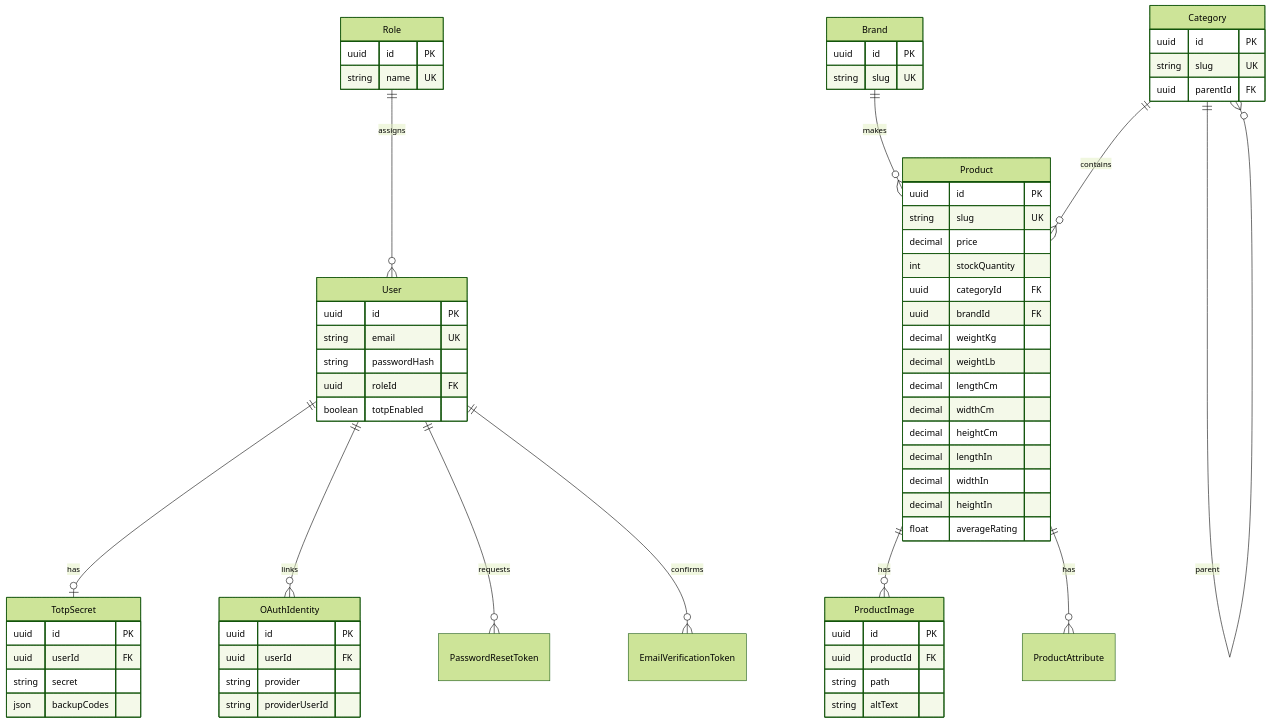
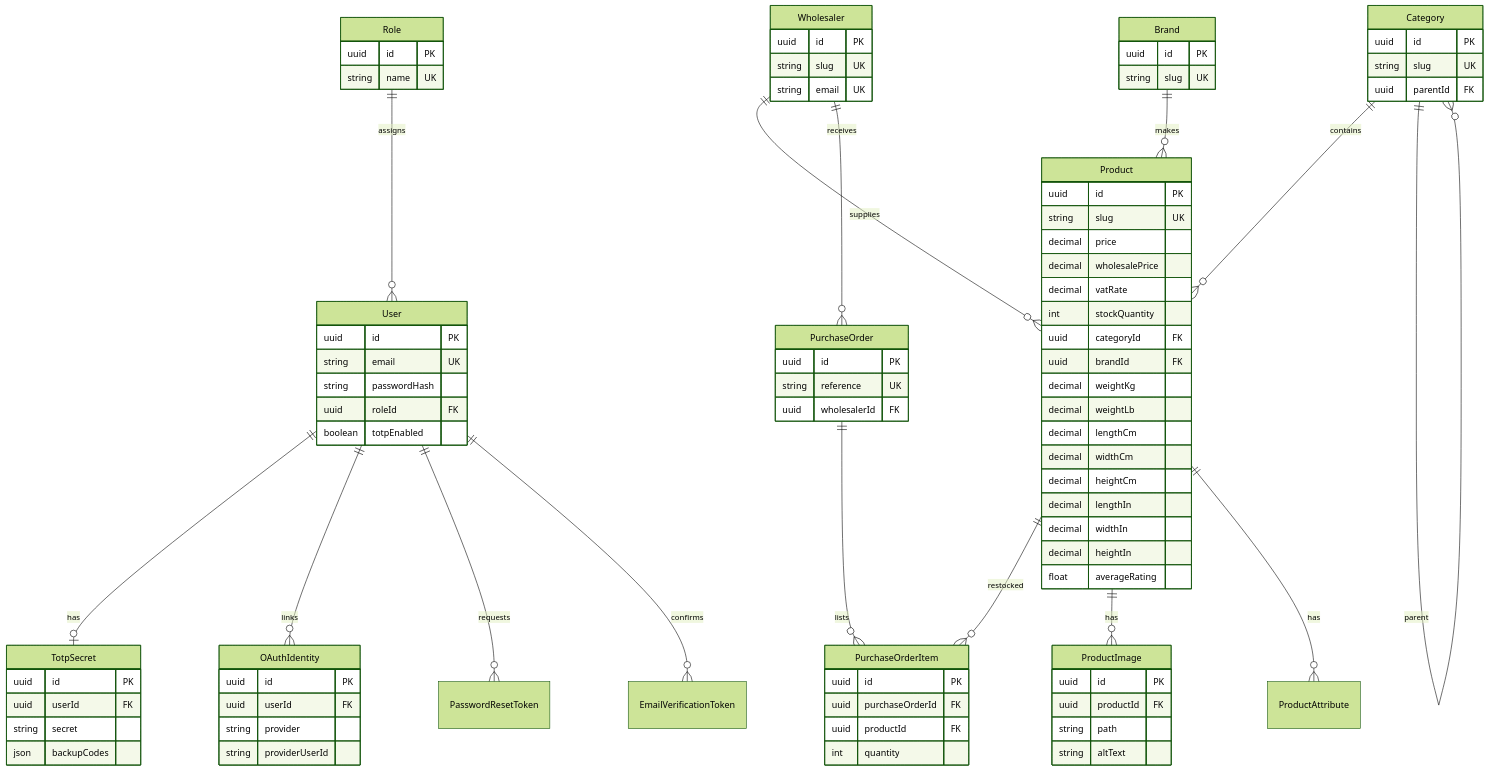
Before and after one commit to AlluFI/webshop: the first of 3 diagrams in docs/erd.md, drawn with Mermaid (forest theme). The commit also changed other lines of this file and 67 other files, not shown here.

```diff
--- a/docs/erd.md
+++ b/docs/erd.md
@@ -14,6 +14,10 @@
   Category ||--o{ Product : contains
   Category ||--o{ Category : parent
   Brand ||--o{ Product : makes
+  Wholesaler ||--o{ Product : supplies
+  Wholesaler ||--o{ PurchaseOrder : receives
+  PurchaseOrder ||--o{ PurchaseOrderItem : lists
+  Product ||--o{ PurchaseOrderItem : restocked
   Product ||--o{ ProductImage : has
   Product ||--o{ ProductAttribute : has
 
@@ -49,10 +53,28 @@
     uuid id PK
     string slug UK
   }
+  Wholesaler {
+    uuid id PK
+    string slug UK
+    string email UK
+  }
+  PurchaseOrder {
+    uuid id PK
+    string reference UK
+    uuid wholesalerId FK
+  }
+  PurchaseOrderItem {
+    uuid id PK
+    uuid purchaseOrderId FK
+    uuid productId FK
+    int quantity
+  }
   Product {
     uuid id PK
     string slug UK
     decimal price
+    decimal wholesalePrice
+    decimal vatRate
     int stockQuantity
     uuid categoryId FK
     uuid brandId FK
```
